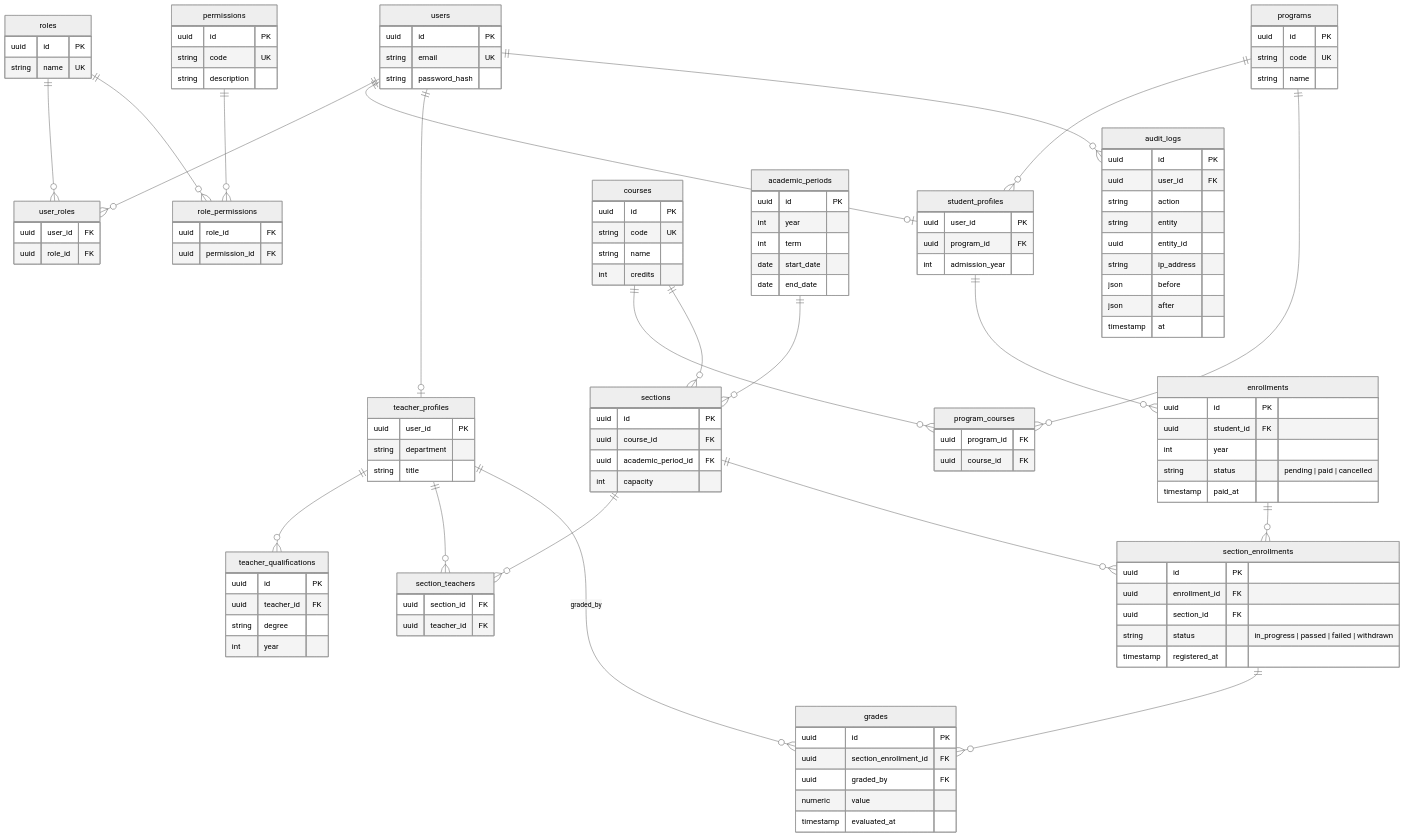
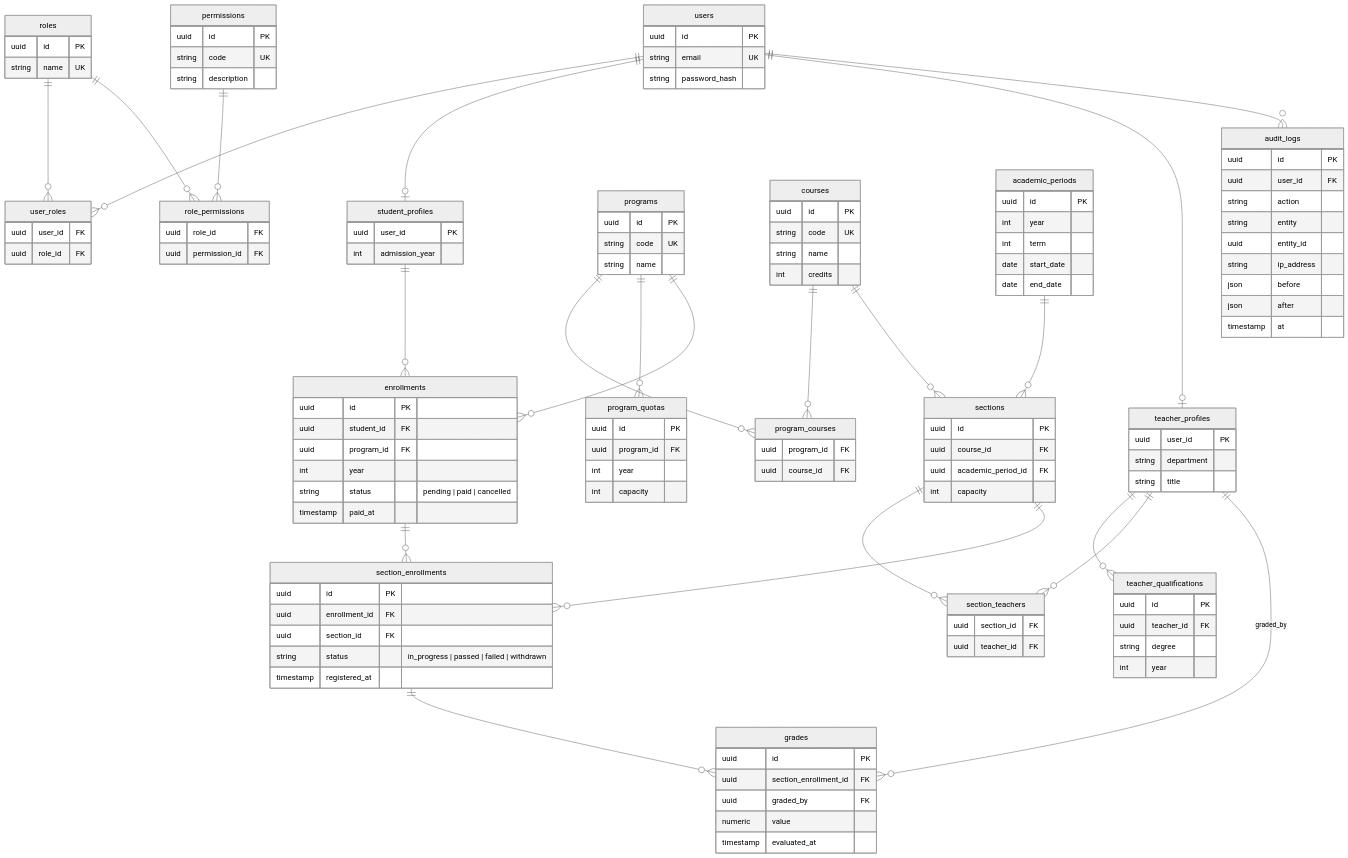
The fifth of 10 diagrams in docs/arquitectura/README.md (AlessandroRLM/infraestructura-y-servicios-cloud), drawn with Mermaid (neutral theme) before and after one commit. The commit also changed other lines of this file and 1 other file, not shown here.

```diff
--- a/docs/arquitectura/README.md
+++ b/docs/arquitectura/README.md
@@ -318,8 +319,9 @@
     users ||--o| student_profiles : ""
     users ||--o| teacher_profiles : ""
     teacher_profiles ||--o{ teacher_qualifications : ""
-    programs ||--o{ student_profiles : ""
     programs ||--o{ program_courses : ""
+    programs ||--o{ program_quotas : ""
+    programs ||--o{ enrollments : ""
     courses ||--o{ program_courses : ""
     courses ||--o{ sections : ""
     academic_periods ||--o{ sections : ""
@@ -356,7 +358,6 @@
     }
     student_profiles {
         uuid user_id PK
-        uuid program_id FK
         int admission_year
     }
     teacher_profiles {
@@ -374,6 +375,12 @@
         uuid id PK
         string code UK
         string name
+    }
+    program_quotas {
+        uuid id PK
+        uuid program_id FK
+        int year
+        int capacity
     }
     courses {
         uuid id PK
@@ -405,6 +412,7 @@
     enrollments {
         uuid id PK
         uuid student_id FK
+        uuid program_id FK
         int year
         string status "pending | paid | cancelled"
         timestamp paid_at
```
